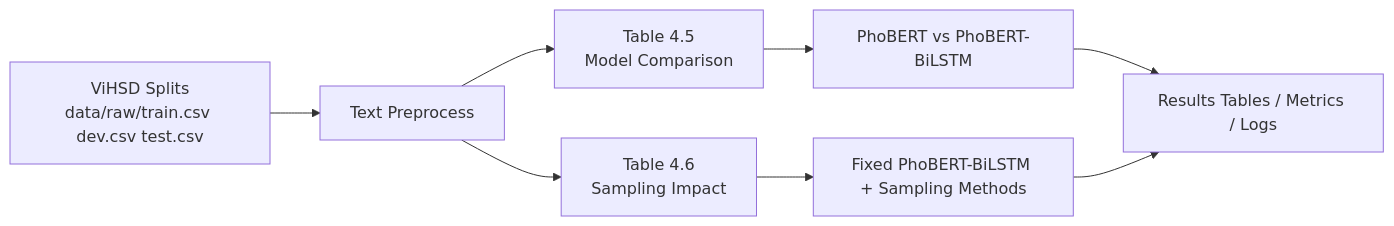
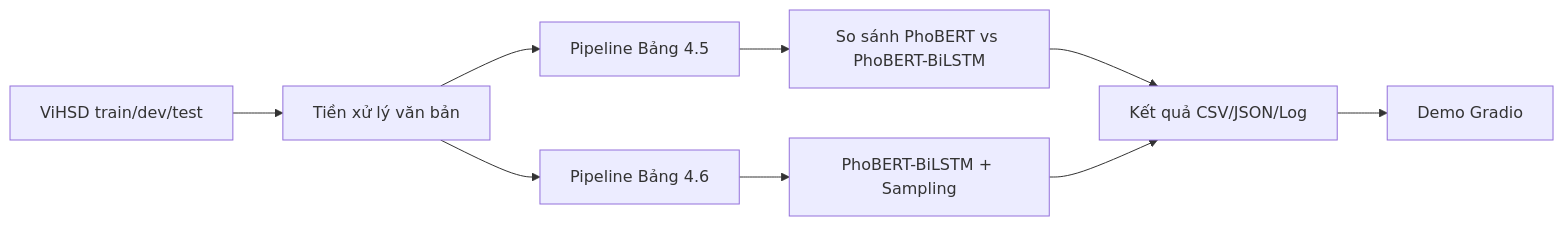
One commit to danny2904/phobihsd changed the diagram in README.md. Above: the diagram before and after it, drawn with Mermaid. The commit also changed other lines of this file and 24 other files, not shown here.

````diff
--- a/README.md
+++ b/README.md
@@ -18,10 +14,11 @@
 ```mermaid
 flowchart LR
-  A[ViHSD Splits<br/>data/raw/train.csv dev.csv test.csv] --> B[Text Preprocess]
-  B --> C1[Table 4.5<br/>Model Comparison]
-  B --> C2[Table 4.6<br/>Sampling Impact]
-  C1 --> D1[PhoBERT vs PhoBERT-BiLSTM]
-  C2 --> D2[Fixed PhoBERT-BiLSTM + Sampling Methods]
-  D1 --> E[Results Tables / Metrics / Logs]
+  A[ViHSD train/dev/test] --> B[Tiền xử lý văn bản]
+  B --> C1[Pipeline Bảng 4.5]
+  B --> C2[Pipeline Bảng 4.6]
+  C1 --> D1[So sánh PhoBERT vs PhoBERT-BiLSTM]
+  C2 --> D2[PhoBERT-BiLSTM + Sampling]
+  D1 --> E[Kết quả CSV/JSON/Log]
   D2 --> E
+  E --> F[Demo Gradio]
 ```
````
